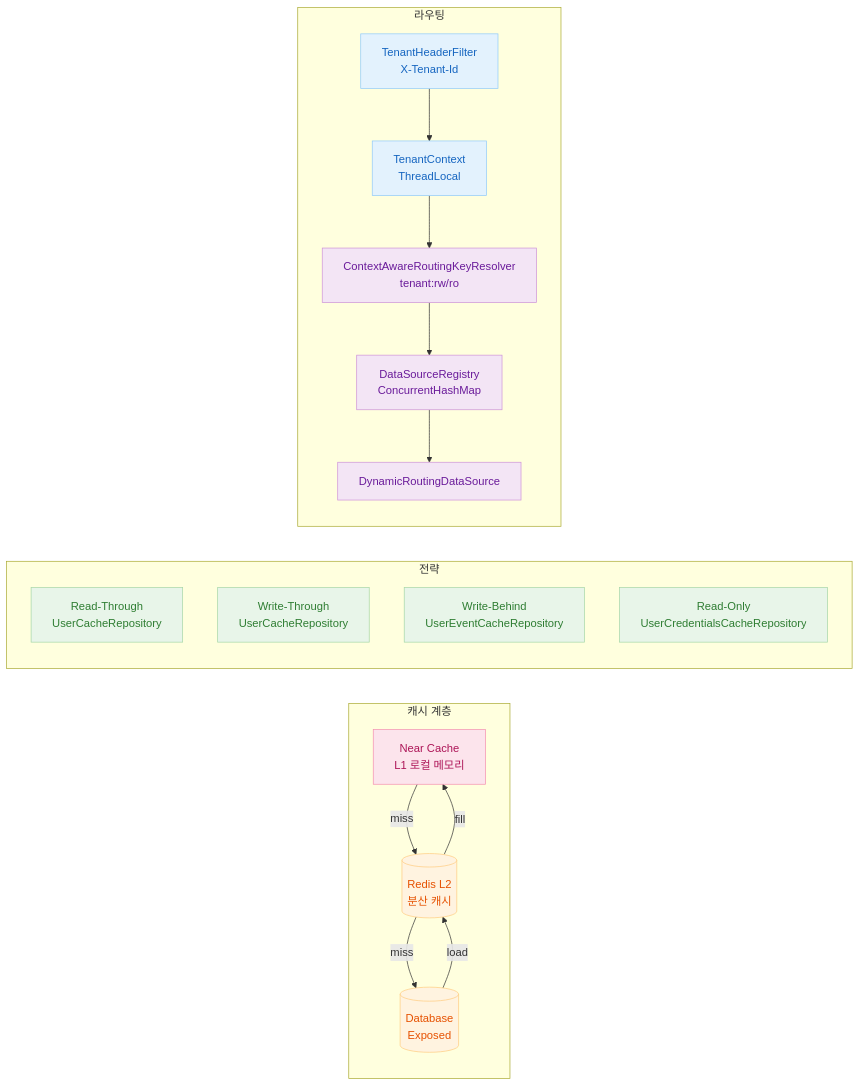
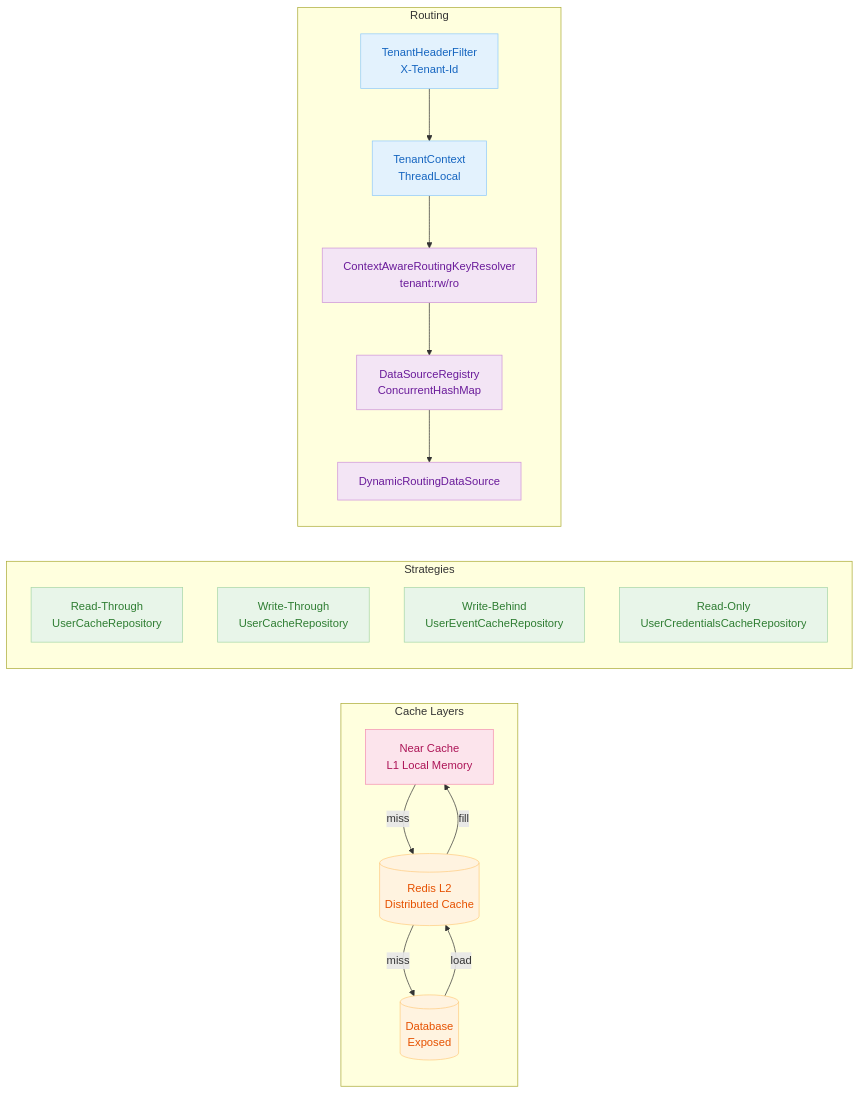
Before and after one commit to bluetape4k/exposed-workshop: the second of 2 diagrams in 11-high-performance/README.md, drawn with Mermaid. The commit also changed other lines of this file and 115 other files, not shown here.

````diff
--- a/11-high-performance/README.md
+++ b/11-high-performance/README.md
@@ -64,42 +66,42 @@
 ```mermaid
 flowchart LR
-    subgraph "캐시 계층"
+    subgraph "Cache Layers"
         direction TB
-        NC[Near Cache\nL1 로컬 메모리]
-        Redis[(Redis L2\n분산 캐시)]
+        NC[Near Cache\nL1 Local Memory]
+        Redis[(Redis L2\nDistributed Cache)]
         DB[(Database\nExposed)]
         NC -- miss --> Redis
         Redis -- miss --> DB
         DB -- load --> Redis
         Redis -- fill --> NC
     end
 
-    subgraph "전략"
+    subgraph "Strategies"
         RT[Read-Through\nUserCacheRepository]
         WT[Write-Through\nUserCacheRepository]
         WB[Write-Behind\nUserEventCacheRepository]
         RO[Read-Only\nUserCredentialsCacheRepository]
     end
 
-    subgraph "라우팅"
+    subgraph "Routing"
         TH[TenantHeaderFilter\nX-Tenant-Id]
         TC[TenantContext\nThreadLocal]
         KR[ContextAwareRoutingKeyResolver\ntenant:rw/ro]
         REG[DataSourceRegistry\nConcurrentHashMap]
         DDS[DynamicRoutingDataSource]
         TH --> TC --> KR --> REG --> DDS
     end
 
     classDef blue fill:#E3F2FD,stroke:#90CAF9,color:#1565C0
     classDef green fill:#E8F5E9,stroke:#A5D6A7,color:#2E7D32
     classDef purple fill:#F3E5F5,stroke:#CE93D8,color:#6A1B9A
     classDef orange fill:#FFF3E0,stroke:#FFCC80,color:#E65100
     classDef pink fill:#FCE4EC,stroke:#F48FB1,color:#AD1457
     classDef teal fill:#E0F2F1,stroke:#80CBC4,color:#00695C
 
     class NC pink
     class Redis,DB orange
     class RT,WT,WB,RO green
     class TH,TC blue
     class KR,REG,DDS purple
 ```
````
